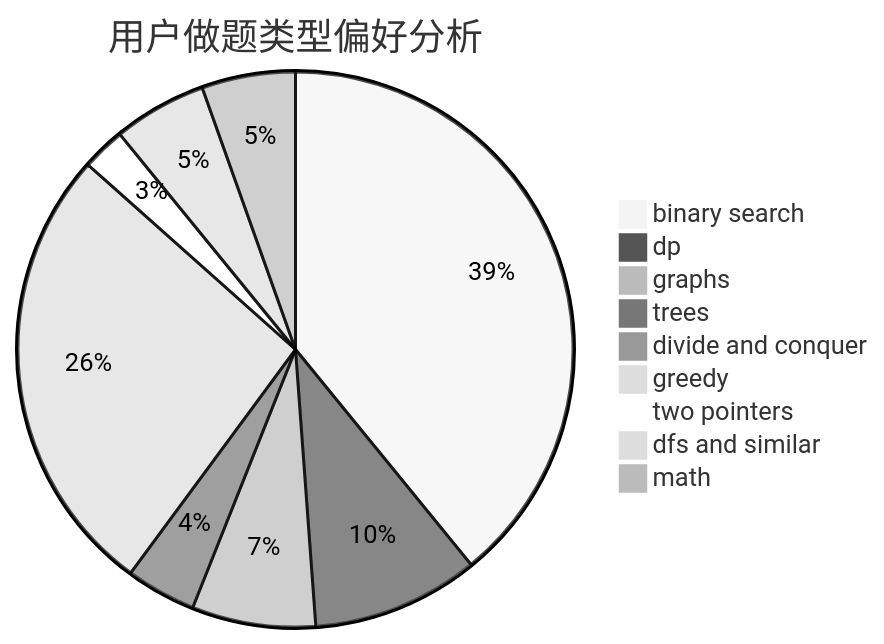
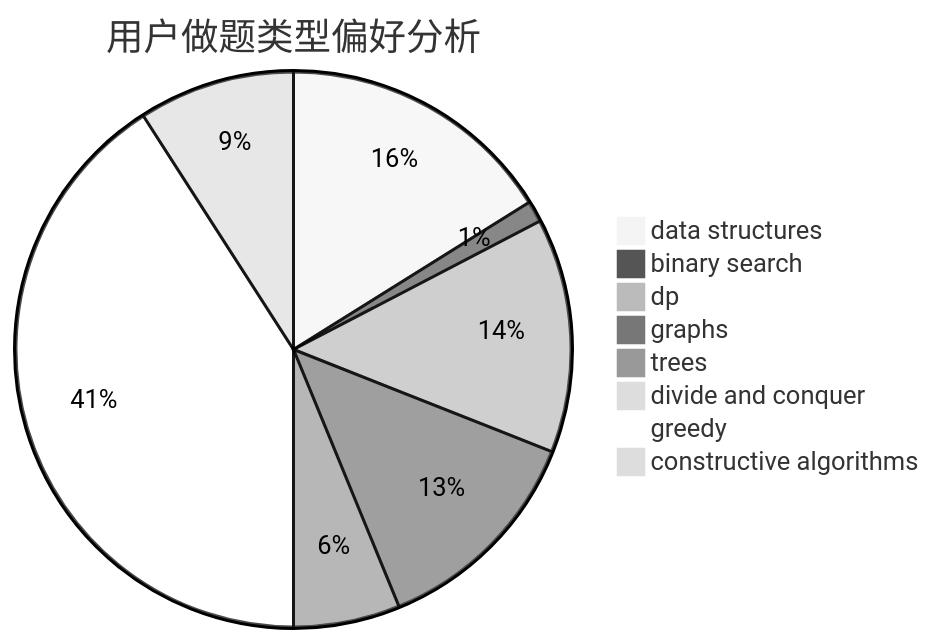
One commit to sherpahu/cfrs.github.io changed the second of 3 diagrams in docs/user/u274.md. Above: the diagram before and after it, drawn with Mermaid (neutral theme). The commit also changed other lines of this file and 2775 other files, not shown here.

````diff
--- a/docs/user/u274.md
+++ b/docs/user/u274.md
@@ -23,12 +23,11 @@
 ```mermaid
 pie title 用户做题类型偏好分析
-    "binary search" :  201
-    "dp" :  50
-    "graphs" :  37
-    "trees" :  21
+    "data structures" :  39
+    "binary search" :  3
+    "dp" :  33
+    "graphs" :  31
+    "trees" :  15
     "divide and conquer" :  0
-    "greedy" :  136
-    "two pointers" :  13
-    "dfs and similar" :  28
-    "math" :  28
+    "greedy" :  99
+    "constructive algorithms" :  22
 ```
````
